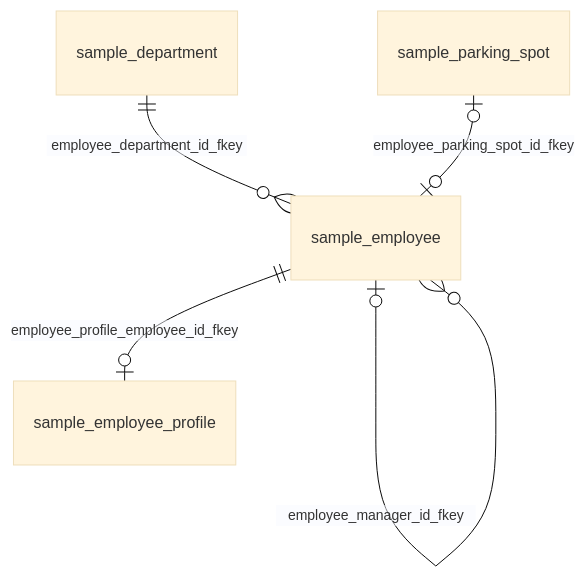
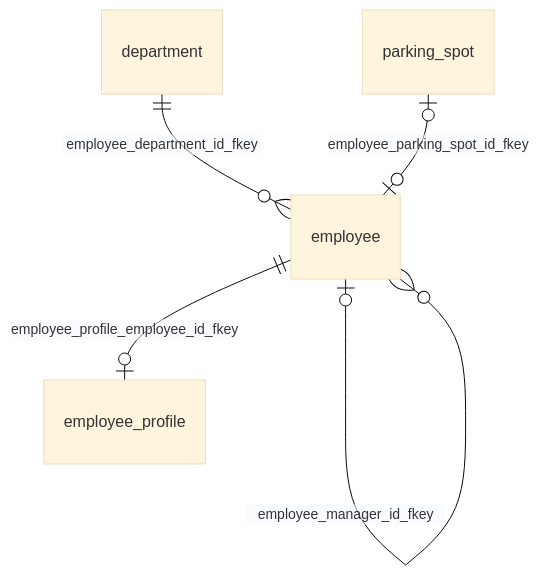
Before and after one commit to ebichan88/exportTableDefinition: the diagram in docs/sample/postgres/output/testdb/viewpoint_testdb_personnel.md, drawn with Mermaid (base theme). The commit also changed other lines of this file and 46 other files, not shown here.

First line of the commit message:
ER図のエンティティ表示ラベルをMermaidの別名構文でテーブル名のみに簡素化

````diff
--- a/docs/sample/postgres/output/testdb/viewpoint_testdb_personnel.md
+++ b/docs/sample/postgres/output/testdb/viewpoint_testdb_personnel.md
@@ -16,7 +16,11 @@
 ```mermaid
 erDiagram
+    sample_department["department"]
+    sample_employee["employee"]
+    sample_employee_profile["employee_profile"]
+    sample_parking_spot["parking_spot"]
     sample_department ||--o{ sample_employee : "employee_department_id_fkey"
     sample_employee |o--o{ sample_employee : "employee_manager_id_fkey"
     sample_parking_spot |o--o| sample_employee : "employee_parking_spot_id_fkey"
     sample_employee ||--o| sample_employee_profile : "employee_profile_employee_id_fkey"
 ```
````
